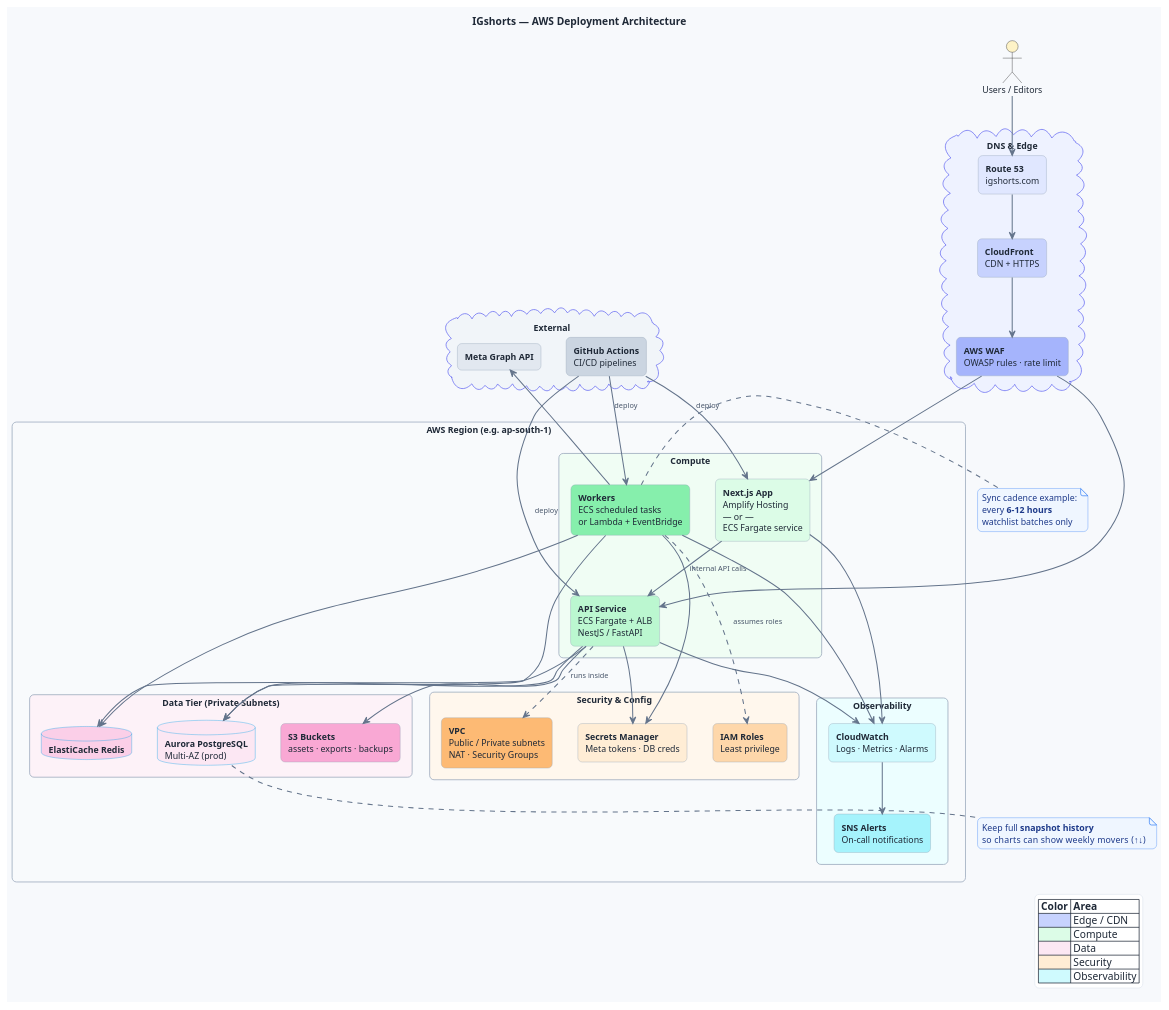
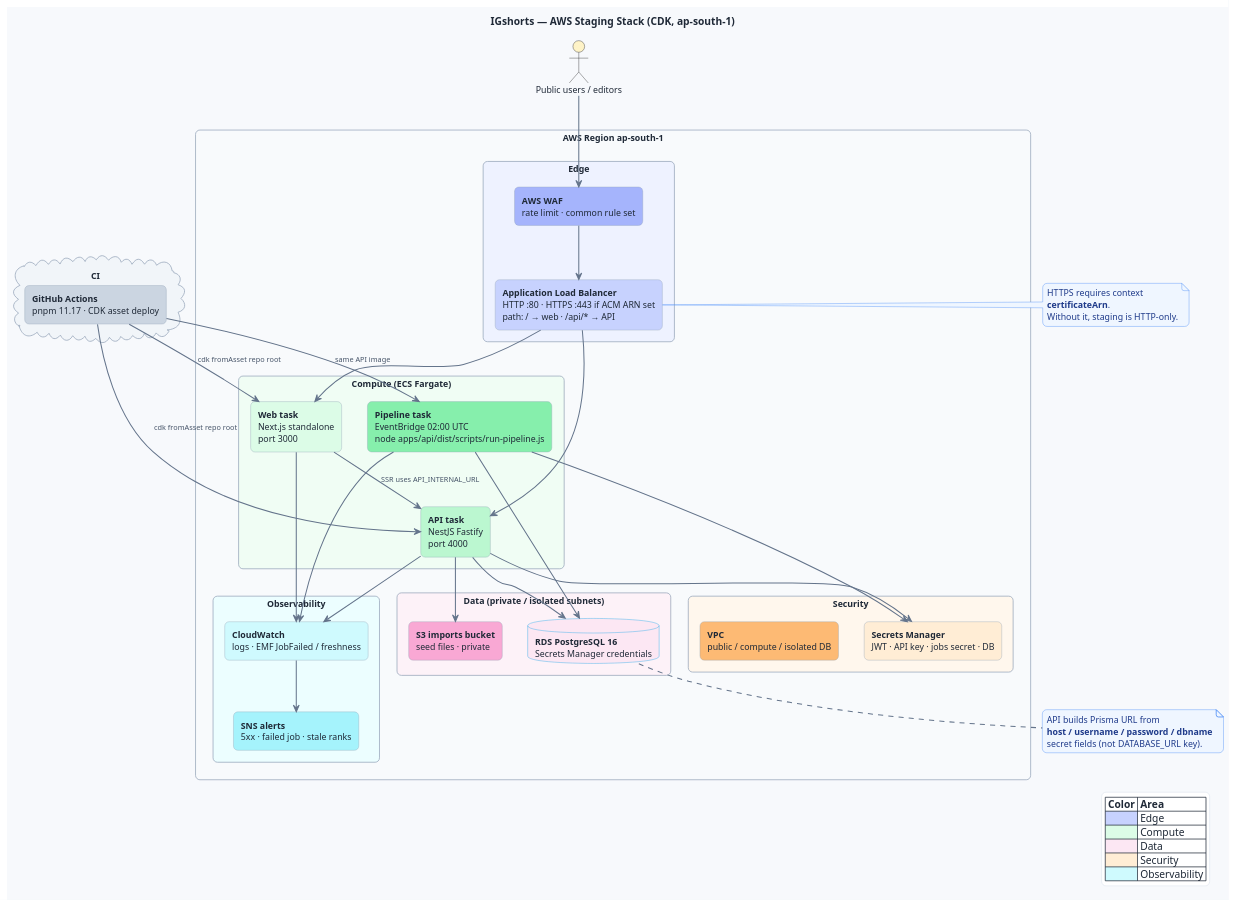
Before and after one commit to FarhanSayed16/IGShorts_ProjectAWS: the diagram in architecture/05_aws_deployment.puml, drawn with PlantUML. The commit also changed 9 other files, not shown here.

```diff
--- a/architecture/05_aws_deployment.puml
+++ b/architecture/05_aws_deployment.puml
@@ -1,111 +1,100 @@
 @startuml IGshorts_AWS_Deployment
-title IGshorts — AWS Deployment Architecture
+title IGshorts — AWS Staging Stack (CDK, ap-south-1)
 
 skinparam backgroundColor #F7F9FC
 skinparam shadowing false
 skinparam defaultFontName Segoe UI
 skinparam defaultFontSize 12
 skinparam defaultFontColor #1F2937
 skinparam roundCorner 12
 skinparam ArrowColor #64748B
 skinparam ArrowThickness 1.4
 skinparam ArrowFontColor #475569
 skinparam ArrowFontSize 10
 skinparam packageStyle rectangle
 skinparam packageBorderColor #94A3B8
 skinparam packageFontColor #0F172A
 skinparam packageFontStyle bold
 skinparam rectangleBorderColor #94A3B8
 skinparam databaseBorderColor #0EA5E9
-skinparam cloudBorderColor #6366F1
-skinparam nodeBorderColor #64748B
 skinparam noteBackgroundColor #EFF6FF
 skinparam noteBorderColor #3B82F6
 skinparam noteFontColor #1E3A8A
 skinparam legendBackgroundColor #FFFFFF
 skinparam legendBorderColor #E2E8F0
 
-actor "Users / Editors" as U #FEF3C7
+actor "Public users / editors" as U #FEF3C7
 
-cloud "DNS & Edge" as Edge #EEF2FF {
-  rectangle "**Route 53**\nigshorts.com" as R53 #E0E7FF
-  rectangle "**CloudFront**\nCDN + HTTPS" as CF #C7D2FE
-  rectangle "**AWS WAF**\nOWASP rules · rate limit" as WAF #A5B4FC
-}
+package "AWS Region ap-south-1" as Region #F8FAFC {
 
-package "AWS Region (e.g. ap-south-1)" as Region #F8FAFC {
-
-  package "Compute" as Compute #F0FDF4 {
-    rectangle "**Next.js App**\nAmplify Hosting\n— or —\nECS Fargate service" as WebApp #DCFCE7
-    rectangle "**API Service**\nECS Fargate + ALB\nNestJS / FastAPI" as ApiApp #BBF7D0
-    rectangle "**Workers**\nECS scheduled tasks\nor Lambda + EventBridge" as Workers #86EFAC
+  package "Edge" as Edge #EEF2FF {
+    rectangle "**Application Load Balancer**\nHTTP :80 · HTTPS :443 if ACM ARN set\npath: / → web · /api/* → API" as ALB #C7D2FE
+    rectangle "**AWS WAF**\nrate limit · common rule set" as WAF #A5B4FC
   }
 
-  package "Data Tier (Private Subnets)" as DataTier #FDF2F8 {
-    database "**Aurora PostgreSQL**\nMulti-AZ (prod)" as Aurora #FCE7F3
-    database "**ElastiCache Redis**" as Redis #FBCFE8
-    rectangle "**S3 Buckets**\nassets · exports · backups" as S3 #F9A8D4
+  package "Compute (ECS Fargate)" as Compute #F0FDF4 {
+    rectangle "**Web task**\nNext.js standalone\nport 3000" as WebApp #DCFCE7
+    rectangle "**API task**\nNestJS Fastify\nport 4000" as ApiApp #BBF7D0
+    rectangle "**Pipeline task**\nEventBridge 02:00 UTC\nnode apps/api/dist/scripts/run-pipeline.js" as Workers #86EFAC
   }
 
-  package "Security & Config" as Sec #FFF7ED {
-    rectangle "**Secrets Manager**\nMeta tokens · DB creds" as SM #FFEDD5
-    rectangle "**IAM Roles**\nLeast privilege" as IAM #FED7AA
-    rectangle "**VPC**\nPublic / Private subnets\nNAT · Security Groups" as VPC #FDBA74
+  package "Data (private / isolated subnets)" as DataTier #FDF2F8 {
+    database "**RDS PostgreSQL 16**\nSecrets Manager credentials" as RDS #FCE7F3
+    rectangle "**S3 imports bucket**\nseed files · private" as S3 #F9A8D4
+  }
+
+  package "Security" as Sec #FFF7ED {
+    rectangle "**Secrets Manager**\nJWT · API key · jobs secret · DB" as SM #FFEDD5
+    rectangle "**VPC**\npublic / compute / isolated DB" as VPC #FDBA74
   }
 
   package "Observability" as Obs #ECFEFF {
-    rectangle "**CloudWatch**\nLogs · Metrics · Alarms" as CW #CFFAFE
-    rectangle "**SNS Alerts**\nOn-call notifications" as SNS #A5F3FC
+    rectangle "**CloudWatch**\nlogs · EMF JobFailed / freshness" as CW #CFFAFE
+    rectangle "**SNS alerts**\n5xx · failed job · stale ranks" as SNS #A5F3FC
   }
 }
 
-cloud "External" as Ext #F1F5F9 {
-  rectangle "**Meta Graph API**" as Meta #E2E8F0
-  rectangle "**GitHub Actions**\nCI/CD pipelines" as GH #CBD5E1
+cloud "CI" as Ext #F1F5F9 {
+  rectangle "**GitHub Actions**\npnpm 11.17 · CDK asset deploy" as GH #CBD5E1
 }
 
-U --> R53
-R53 --> CF
-CF --> WAF
-WAF --> WebApp
-WAF --> ApiApp
-WebApp --> ApiApp : internal API calls
-ApiApp --> Aurora
-ApiApp --> Redis
+U --> WAF
+WAF --> ALB
+ALB --> WebApp
+ALB --> ApiApp
+WebApp --> ApiApp : SSR uses API_INTERNAL_URL
+ApiApp --> RDS
 ApiApp --> S3
 ApiApp --> SM
-Workers --> Meta
-Workers --> Aurora
-Workers --> Redis
+Workers --> RDS
 Workers --> SM
 WebApp --> CW
 ApiApp --> CW
 Workers --> CW
 CW --> SNS
-GH --> WebApp : deploy
-GH --> ApiApp : deploy
-GH --> Workers : deploy
-ApiApp ..> VPC : runs inside
-Workers ..> IAM : assumes roles
+GH --> WebApp : cdk fromAsset repo root
+GH --> ApiApp : cdk fromAsset repo root
+GH --> Workers : same API image
 
-note right of Workers
-  Sync cadence example:
-  every **6–12 hours**
-  watchlist batches only
+note right of ALB
+  HTTPS requires context
+  **certificateArn**.
+  Without it, staging is HTTP-only.
 end note
 
-note bottom of Aurora
-  Keep full **snapshot history**
-  so charts can show weekly movers (↑↓)
+note bottom of RDS
+  API builds Prisma URL from
+  **host / username / password / dbname**
+  secret fields (not DATABASE_URL key).
 end note
 
 legend right
   |= Color |= Area |
-  | <#C7D2FE> | Edge / CDN |
+  | <#C7D2FE> | Edge |
   | <#DCFCE7> | Compute |
   | <#FCE7F3> | Data |
   | <#FFEDD5> | Security |
   | <#CFFAFE> | Observability |
 endlegend
 
 @enduml
```
